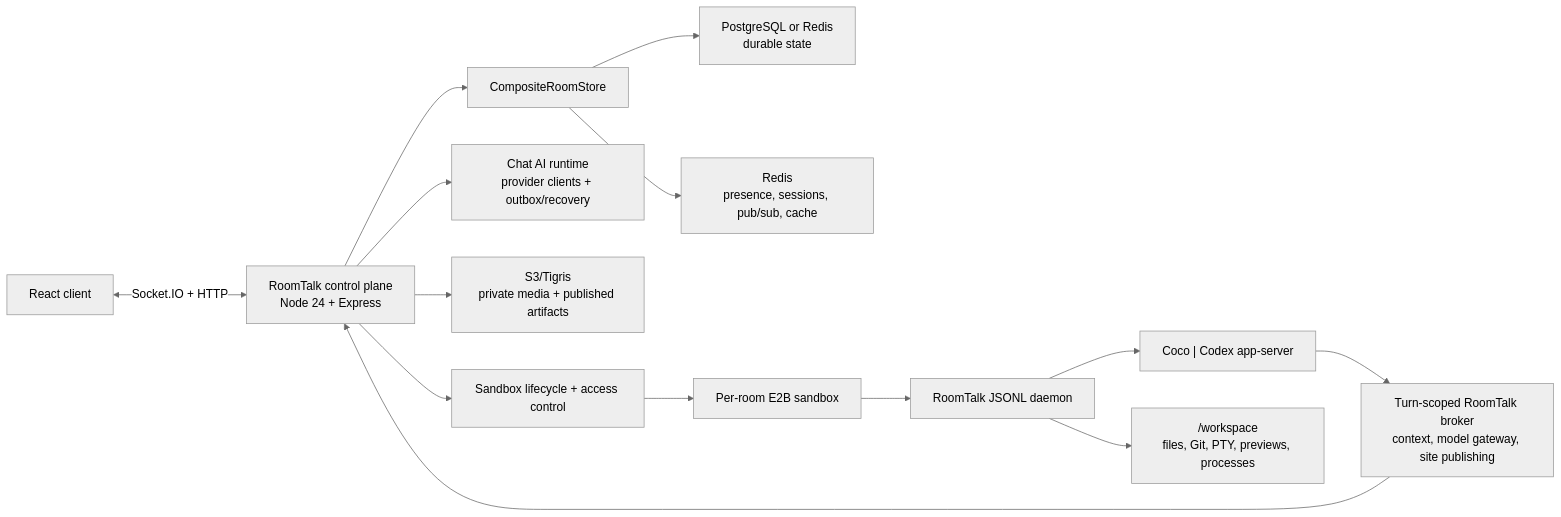
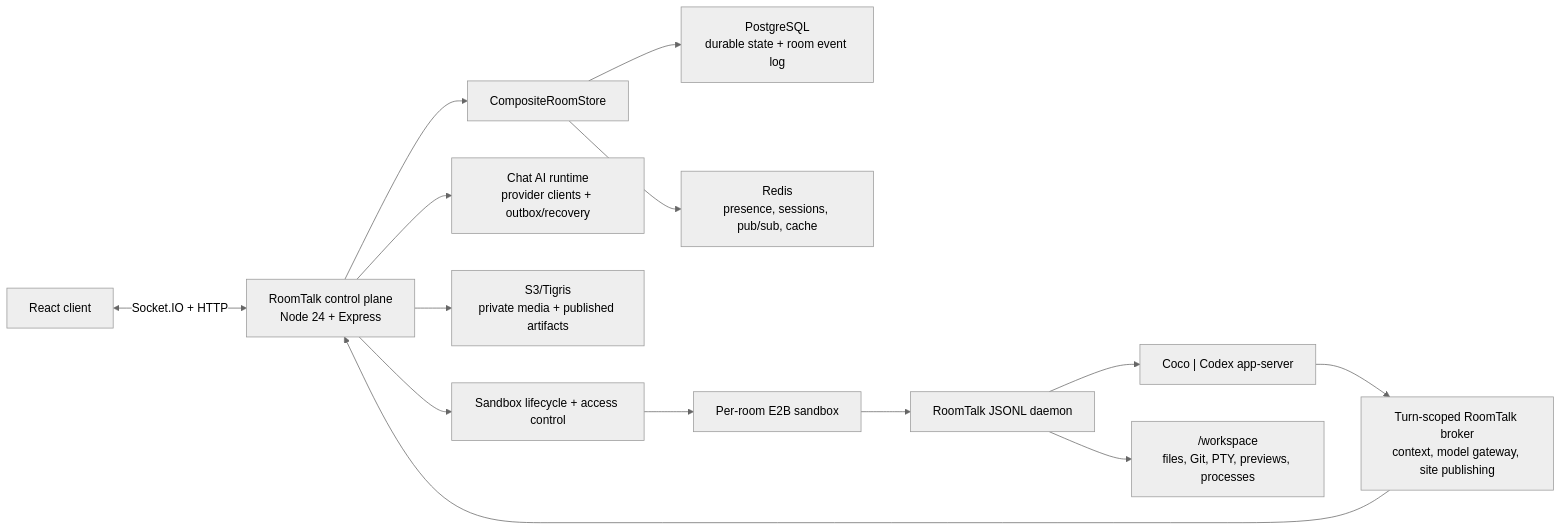
The diagram in README.md (Skymore/roomtalk), drawn with Mermaid (neutral theme) before and after one commit. The commit also changed other lines of this file and 19 other files, not shown here.

````diff
--- a/README.md
+++ b/README.md
@@ -54,20 +54,20 @@
 ```mermaid
 flowchart LR
   Browser["React client"] <-->|"Socket.IO + HTTP"| Control["RoomTalk control plane\nNode 24 + Express"]
 
   Control --> Store["CompositeRoomStore"]
-  Store --> Durable["PostgreSQL or Redis\ndurable state"]
+  Store --> Durable["PostgreSQL\ndurable state + room event log"]
   Store --> Realtime["Redis\npresence, sessions, pub/sub, cache"]
 
   Control --> ChatAI["Chat AI runtime\nprovider clients + outbox/recovery"]
   Control --> Media["S3/Tigris\nprivate media + published artifacts"]
 
   Control --> Lifecycle["Sandbox lifecycle + access control"]
   Lifecycle --> E2B["Per-room E2B sandbox"]
   E2B --> Daemon["RoomTalk JSONL daemon"]
   Daemon --> Backends["Coco | Codex app-server"]
   Daemon --> Workspace["/workspace\nfiles, Git, PTY, previews, processes"]
 
   Backends --> Broker["Turn-scoped RoomTalk broker\ncontext, model gateway, site publishing"]
   Broker --> Control
 ```
````
